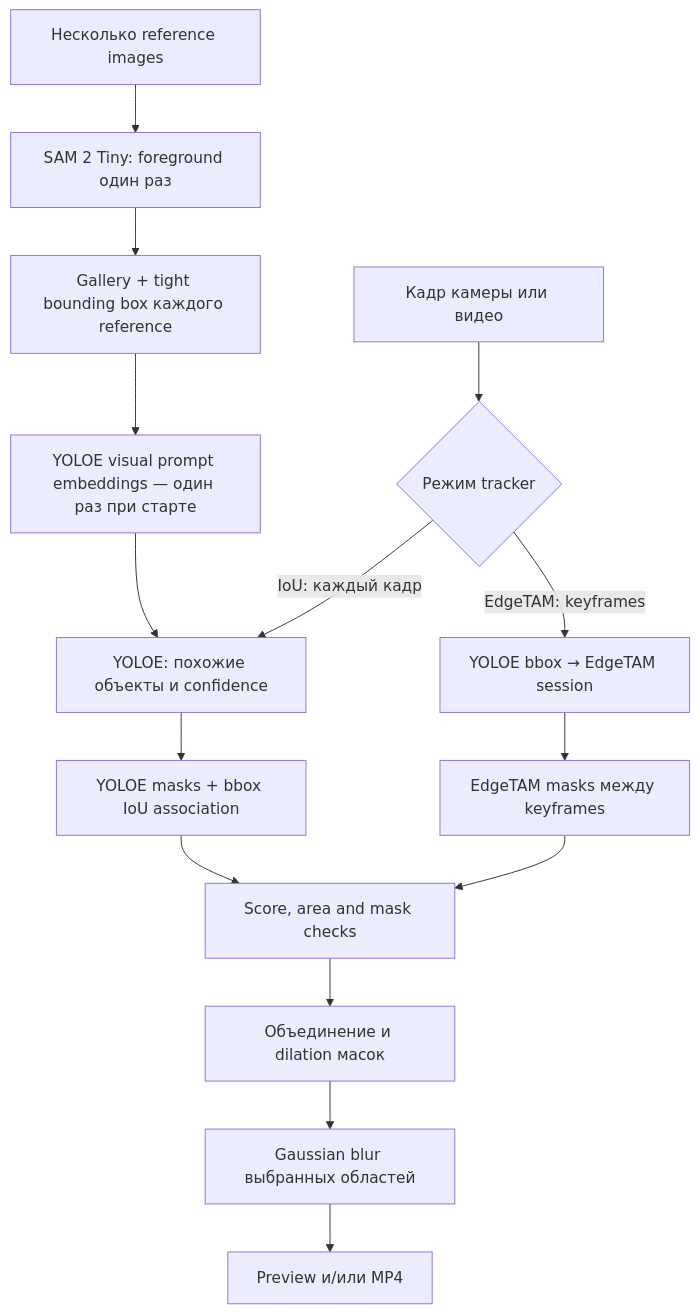
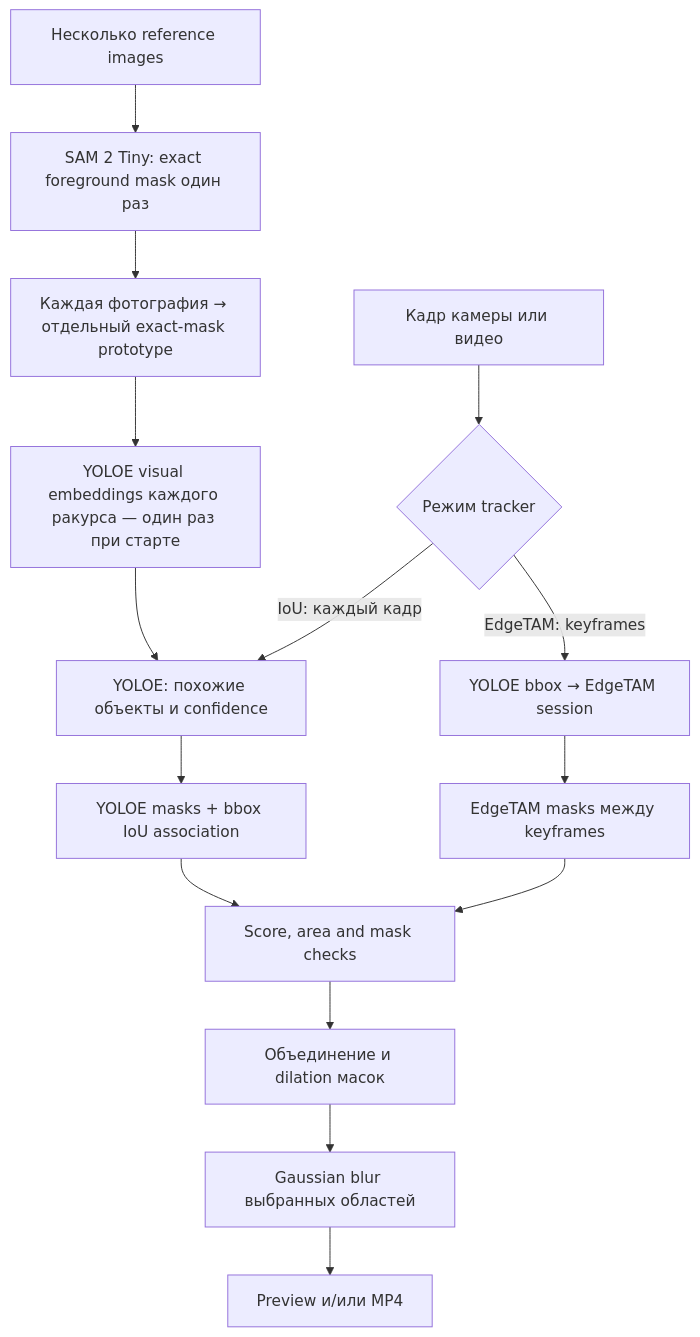
The diagram in README.md (korosaii/Personalized-real-time-privacy-filter), drawn with Mermaid before and after one commit. The commit also changed other lines of this file and 3 other files, not shown here.

````diff
--- a/README.md
+++ b/README.md
@@ -522,17 +526,17 @@
 ```mermaid
 flowchart TD
-    A["Несколько reference images"] --> S["SAM 2 Tiny: foreground один раз"]
-    S --> B["Gallery + tight bounding box каждого reference"]
-    B --> C["YOLOE visual prompt embeddings — один раз при старте"]
+    A["Несколько reference images"] --> S["SAM 2 Tiny: exact foreground mask один раз"]
+    S --> B["Каждая фотография → отдельный exact-mask prototype"]
+    B --> C["YOLOE visual embeddings каждого ракурса — один раз при старте"]
     D["Кадр камеры или видео"] --> E{"Режим tracker"}
     C --> F["YOLOE: похожие объекты и confidence"]
     E -- "IoU: каждый кадр" --> F
     F --> G["YOLOE masks + bbox IoU association"]
     E -- "EdgeTAM: keyframes" --> H["YOLOE bbox → EdgeTAM session"]
     H --> I["EdgeTAM masks между keyframes"]
     G --> J["Score, area and mask checks"]
     I --> J
     J --> K["Объединение и dilation масок"]
     K --> L["Gaussian blur выбранных областей"]
     L --> M["Preview и/или MP4"]
 ```
````
